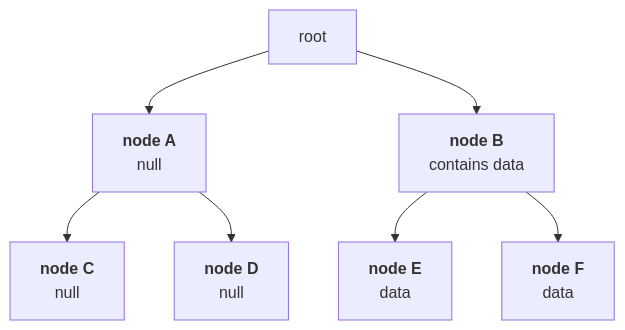
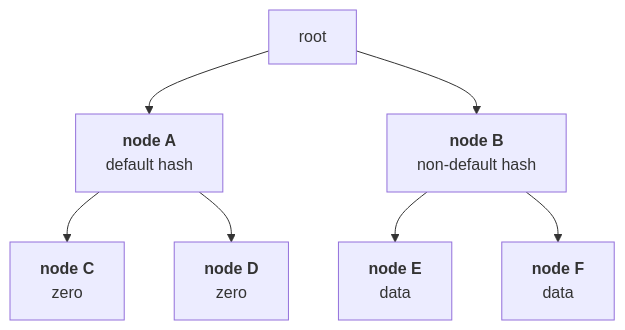
Before and after one commit to Consensys/doc.linea: the second of 2 diagrams in docs/protocol/architecture/state-manager.mdx, drawn with Mermaid. The commit also changed other lines of this file and 10 other files, not shown here.

````diff
--- a/docs/protocol/architecture/state-manager.mdx
+++ b/docs/protocol/architecture/state-manager.mdx
@@ -94,12 +92,12 @@
     ```mermaid
     flowchart TD
         A[root] --> B["`**node A**`"
-        null] & C["`**node B**`"
-        contains data]
+        default hash] & C["`**node B**`"
+        non-default hash]
         B --> D["`**node C**`"
-        null] & E["`**node D**`"
-        null]
+        zero] & E["`**node D**`"
+        zero]
         C --> F["`**node E**`"
         data] & G["`**node F**`"
         data]
     ```
````
